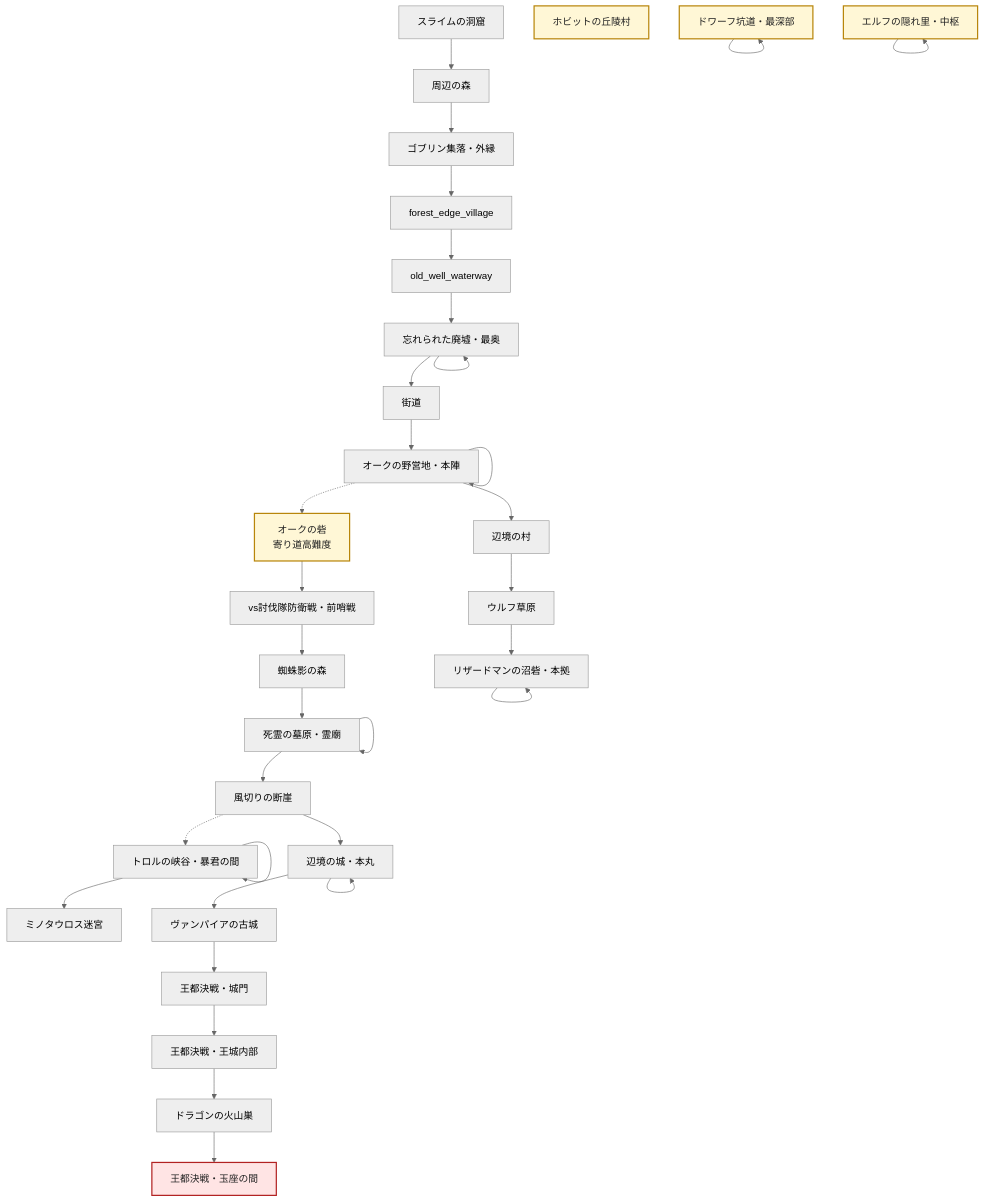
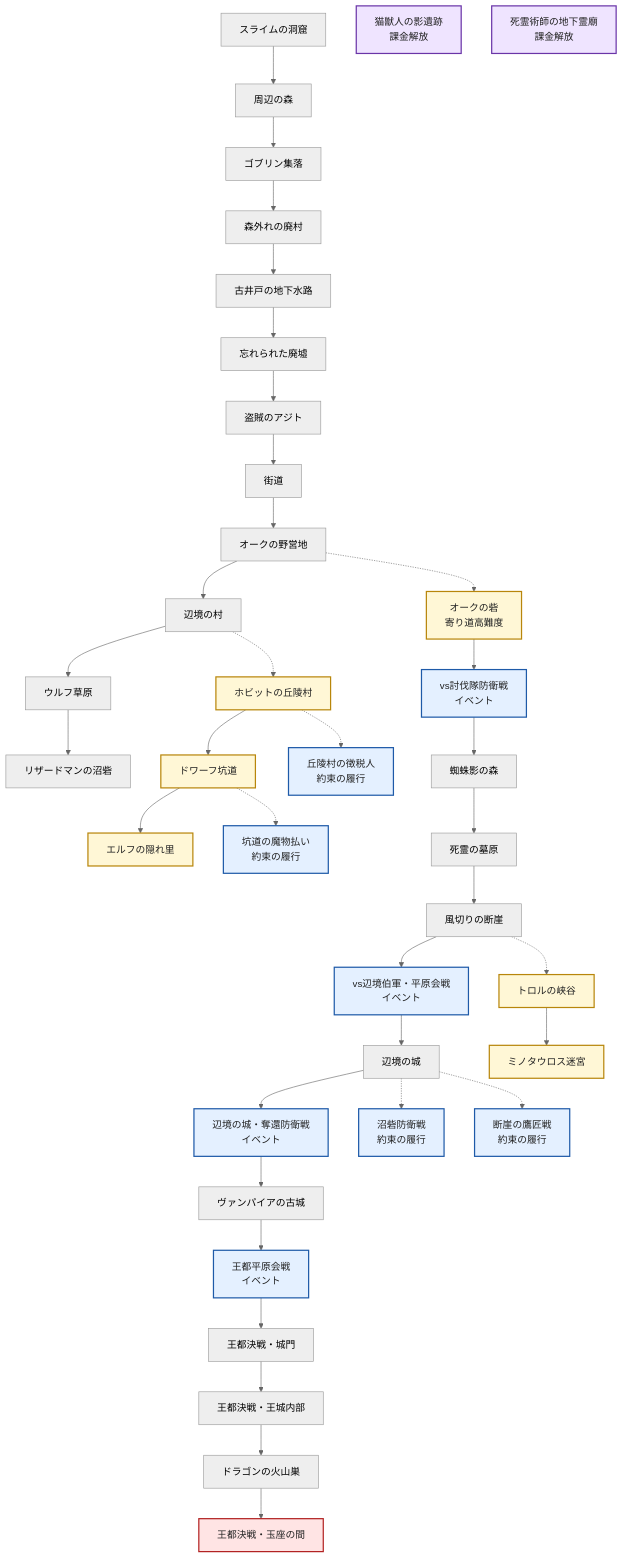
Before and after one commit to astapi/gobkin: the diagram in goblin_native/docs/expedition_unlock_routes.md, drawn with Mermaid (neutral theme). The commit also changed other lines of this file and 121 other files, not shown here.

````diff
--- a/goblin_native/docs/expedition_unlock_routes.md
+++ b/goblin_native/docs/expedition_unlock_routes.md
@@ -16,89 +18,83 @@
 flowchart TD
   slime_cave["スライムの洞窟"]
   forest_outskirts["周辺の森"]
-  goblin_village_1["ゴブリン集落・外縁"]
-  undead_ruins_1["忘れられた廃墟・入口"]
-  undead_ruins_1["忘れられた廃墟・深部"]
-  undead_ruins_1["忘れられた廃墟・最奥"]
+  goblin_village_1["ゴブリン集落"]
+  forest_edge_village["森外れの廃村"]
+  old_well_waterway["古井戸の地下水路"]
+  undead_ruins_1["忘れられた廃墟"]
+  bandit_hideout["盗賊のアジト"]
   road_1["街道"]
-  orc_camp_1["オークの野営地・前哨"]
-  orc_camp_1["オークの野営地・陣営"]
-  orc_camp_1["オークの野営地・本陣"]
+  orc_camp_1["オークの野営地"]
+  human_village["辺境の村"]
+  wolf_grassland_1["ウルフ草原"]
+  lizardman_swamp_1["リザードマンの沼砦"]
   orc_fortress_1["オークの砦<br/>寄り道高難度"]
-  wolf_grassland_1["ウルフ草原"]
-  subjugation_force_1["vs討伐隊防衛戦・前哨戦"]
+  subjugation_force_1["vs討伐隊防衛戦<br/>イベント"]
   spider_forest_1["蜘蛛影の森"]
-  dead_grave_1["死霊の墓原・外縁"]
-  dead_grave_1["死霊の墓原・墓群"]
-  dead_grave_1["死霊の墓原・霊廟"]
-  human_village["辺境の村"]
-  hobbit_hills_1["ホビットの丘陵村"]
-  dwarf_mine_1["ドワーフ坑道・入口"]
-  dwarf_mine_1["ドワーフ坑道・深層"]
-  dwarf_mine_1["ドワーフ坑道・最深部"]
-  elf_forest_1["エルフの隠れ里・外縁"]
-  elf_forest_1["エルフの隠れ里・内部"]
-  elf_forest_1["エルフの隠れ里・中枢"]
-  lizardman_swamp_1["リザードマンの沼砦・浅瀬"]
-  lizardman_swamp_1["リザードマンの沼砦・深沼"]
-  lizardman_swamp_1["リザードマンの沼砦・本拠"]
+  dead_grave_1["死霊の墓原"]
   harpy_cliff_1["風切りの断崖"]
-  troll_canyon_1["トロルの峡谷・入口"]
-  troll_canyon_1["トロルの峡谷・深部"]
-  troll_canyon_1["トロルの峡谷・暴君の間"]
+  margrave_sortie_1["vs辺境伯軍・平原会戦<br/>イベント"]
+  human_fortress_1["辺境の城"]
+  fortress_defense_1["辺境の城・奪還防衛戦<br/>イベント"]
+  swamp_defense_1["沼砦防衛戦<br/>約束の履行"]
+  harpy_defense_1["断崖の鷹匠戦<br/>約束の履行"]
+  troll_canyon_1["トロルの峡谷"]
   minotaur_labyrinth_1["ミノタウロス迷宮"]
-  human_fortress_1["辺境の城・外郭"]
-  human_fortress_1["辺境の城・城内"]
-  human_fortress_1["辺境の城・本丸"]
   vampire_castle_1["ヴァンパイアの古城"]
+  royal_field_battle_1["王都平原会戦<br/>イベント"]
   royal_capital_1["王都決戦・城門"]
   royal_capital_2["王都決戦・王城内部"]
   dragon_volcano_1["ドラゴンの火山巣"]
   royal_capital_3["王都決戦・玉座の間"]
+  hobbit_hills_1["ホビットの丘陵村"]
+  hobbit_hills_defense_1["丘陵村の徴税人<br/>約束の履行"]
+  dwarf_mine_1["ドワーフ坑道"]
+  dwarf_mine_purge_1["坑道の魔物払い<br/>約束の履行"]
+  elf_forest_1["エルフの隠れ里"]
+  cat_fortress_1["猫獣人の影遺跡<br/>課金解放"]
+  necromancer_crypt_1["死霊術師の地下霊廟<br/>課金解放"]
 
   slime_cave --> forest_outskirts
   forest_outskirts --> goblin_village_1
   goblin_village_1 --> forest_edge_village
   forest_edge_village --> old_well_waterway
   old_well_waterway --> undead_ruins_1
-  undead_ruins_1 --> undead_ruins_1
-  undead_ruins_1 --> undead_ruins_1
-  undead_ruins_1 --> road_1
+  undead_ruins_1 --> bandit_hideout
+  bandit_hideout --> road_1
   road_1 --> orc_camp_1
-  orc_camp_1 --> orc_camp_1
-  orc_camp_1 --> orc_camp_1
   orc_camp_1 --> human_village
+  orc_camp_1 -.-> orc_fortress_1
   human_village --> wolf_grassland_1
+  human_village -.-> hobbit_hills_1
   wolf_grassland_1 --> lizardman_swamp_1
-  orc_camp_1 -.-> orc_fortress_1
-  hobbit_hills_1
-  dwarf_mine_1 --> dwarf_mine_1
-  dwarf_mine_1 --> dwarf_mine_1
-  elf_forest_1 --> elf_forest_1
-  elf_forest_1 --> elf_forest_1
+  hobbit_hills_1 --> dwarf_mine_1
+  hobbit_hills_1 -.-> hobbit_hills_defense_1
+  dwarf_mine_1 --> elf_forest_1
+  dwarf_mine_1 -.-> dwarf_mine_purge_1
   orc_fortress_1 --> subjugation_force_1
   subjugation_force_1 --> spider_forest_1
   spider_forest_1 --> dead_grave_1
-  dead_grave_1 --> dead_grave_1
-  dead_grave_1 --> dead_grave_1
   dead_grave_1 --> harpy_cliff_1
-  harpy_cliff_1 --> human_fortress_1
-  lizardman_swamp_1 --> lizardman_swamp_1
-  lizardman_swamp_1 --> lizardman_swamp_1
+  harpy_cliff_1 --> margrave_sortie_1
   harpy_cliff_1 -.-> troll_canyon_1
-  troll_canyon_1 --> troll_canyon_1
-  troll_canyon_1 --> troll_canyon_1
   troll_canyon_1 --> minotaur_labyrinth_1
-  human_fortress_1 --> human_fortress_1
-  human_fortress_1 --> human_fortress_1
-  human_fortress_1 --> vampire_castle_1
-  vampire_castle_1 --> royal_capital_1
+  margrave_sortie_1 --> human_fortress_1
+  human_fortress_1 --> fortress_defense_1
+  human_fortress_1 -.-> swamp_defense_1
+  human_fortress_1 -.-> harpy_defense_1
+  fortress_defense_1 --> vampire_castle_1
+  vampire_castle_1 --> royal_field_battle_1
+  royal_field_battle_1 --> royal_capital_1
   royal_capital_1 --> royal_capital_2
   royal_capital_2 --> dragon_volcano_1
   dragon_volcano_1 --> royal_capital_3
 
   classDef sideQuest fill:#fff7d6,stroke:#b8860b,stroke-width:2px,color:#222;
+  classDef eventArea fill:#e4f0ff,stroke:#1e5aa8,stroke-width:2px,color:#222;
   classDef finalArea fill:#ffe4e4,stroke:#b22222,stroke-width:2px,color:#222;
-  class orc_fortress_1,hobbit_hills_1,dwarf_mine_1,elf_forest_1 sideQuest;
+  classDef purchaseArea fill:#efe4ff,stroke:#6a35a8,stroke-width:2px,color:#222;
+  class orc_fortress_1,hobbit_hills_1,dwarf_mine_1,elf_forest_1,troll_canyon_1,minotaur_labyrinth_1 sideQuest;
+  class subjugation_force_1,margrave_sortie_1,fortress_defense_1,royal_field_battle_1,swamp_defense_1,harpy_defense_1,hobbit_hills_defense_1,dwarf_mine_purge_1 eventArea;
   class royal_capital_3 finalArea;
+  class cat_fortress_1,necromancer_crypt_1 purchaseArea;
 ```
````
